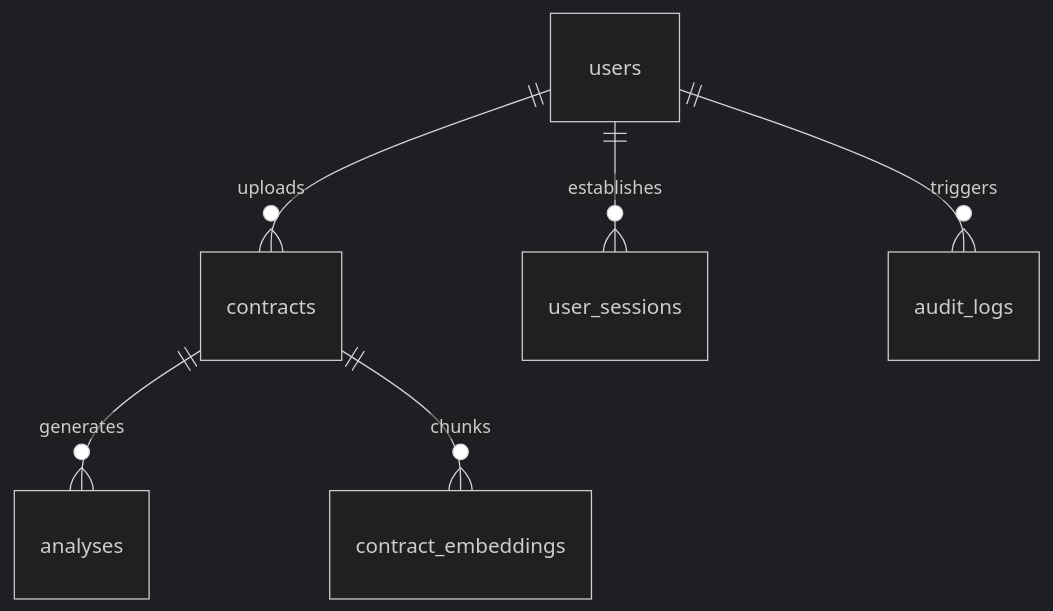
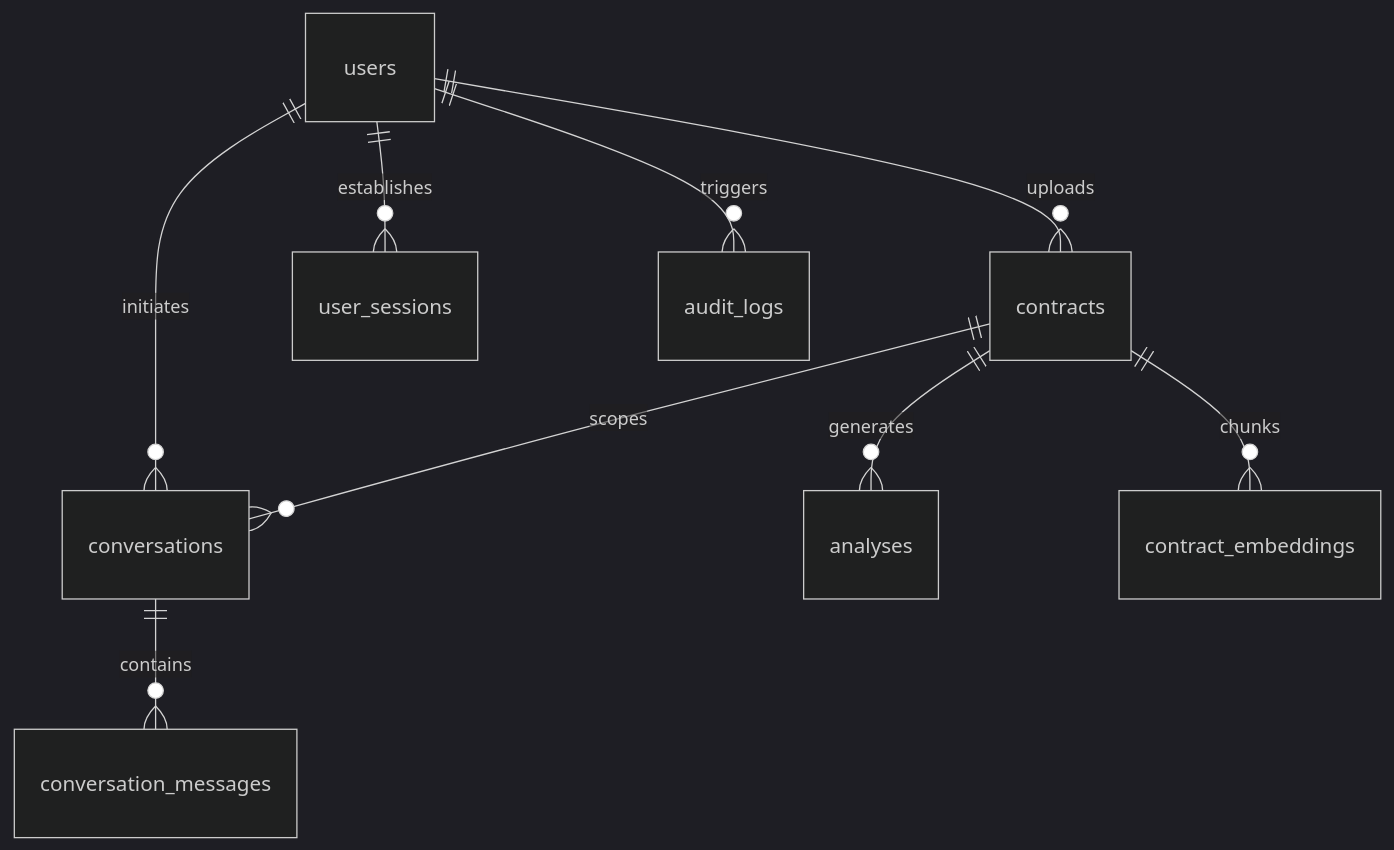
The second of 3 diagrams in ARCHITECTURE.md (Nipunchugh10/AI-Legal-Document-Intelligence-Platform), drawn with Mermaid (dark theme) before and after one commit. The commit also changed other lines of this file and 93 other files, not shown here.

````diff
--- a/ARCHITECTURE.md
+++ b/ARCHITECTURE.md
@@ -65,8 +65,11 @@
 ```mermaid
 erDiagram
     users ||--o{ contracts : uploads
     users ||--o{ user_sessions : establishes
     users ||--o{ audit_logs : triggers
+    users ||--o{ conversations : initiates
     contracts ||--o{ analyses : generates
     contracts ||--o{ contract_embeddings : chunks
+    contracts ||--o{ conversations : scopes
+    conversations ||--o{ conversation_messages : contains
 ```
````
